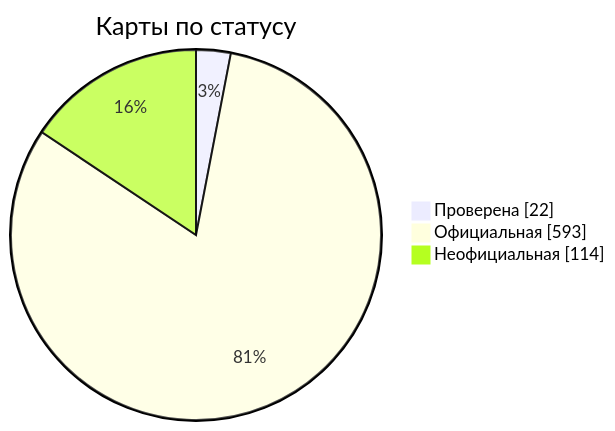
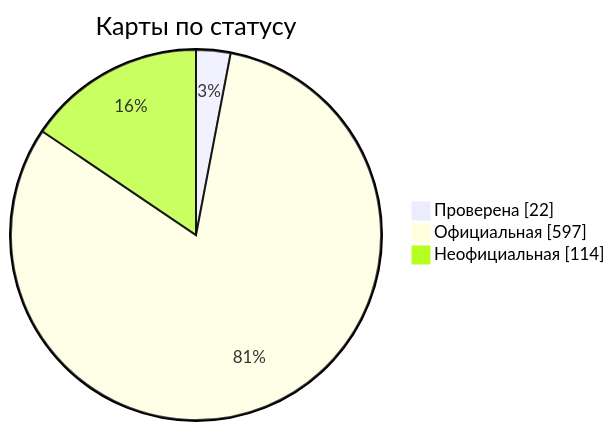
Before and after one commit to nobrega8/mbmap-library: the diagram in docs/readme/README_RU.md, drawn with Mermaid. The commit also changed 9 other files, not shown here.

````diff
--- a/docs/readme/README_RU.md
+++ b/docs/readme/README_RU.md
@@ -54,7 +54,7 @@
 ```mermaid
 pie showData
     title Карты по статусу
     "Проверена" : 22
-    "Официальная" : 593
+    "Официальная" : 597
     "Неофициальная" : 114
 ```
````
